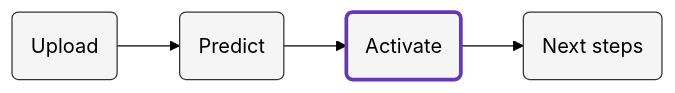
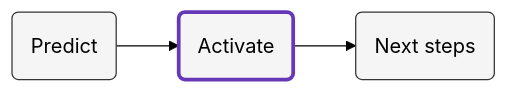
Before and after one commit to snowplow/composable-cdp-with-predictive-ml-modeling-accelerator: the diagram in content/data_activation/_index.md, drawn with Mermaid (forest theme). The commit also changed other lines of this file and 3 other files, not shown here.

```diff
--- a/content/data_activation/_index.md
+++ b/content/data_activation/_index.md
@@ -11,8 +11,7 @@
 {{<mermaid>}}
 flowchart LR
-    id1(Upload)-->id2(Predict)-->id3(Activate)-->id4(Next steps)
+    id1(Predict)-->id2(Activate)-->id3(Next steps)
     style id1 fill:#f5f5f5,stroke:#333,stroke-width:1px
-    style id2 fill:#f5f5f5,stroke:#333,stroke-width:1px
-    style id3 fill:#f5f5f5,stroke:#6638B8,stroke-width:3px
-    style id4 fill:#f5f5f5,stroke:#333,stroke-width:1px
+    style id2 fill:#f5f5f5,stroke:#6638B8,stroke-width:3px
+    style id3 fill:#f5f5f5,stroke:#333,stroke-width:1px
 {{</mermaid >}}
```
